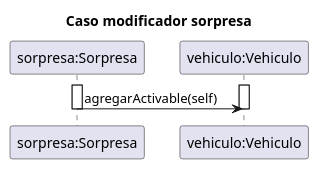
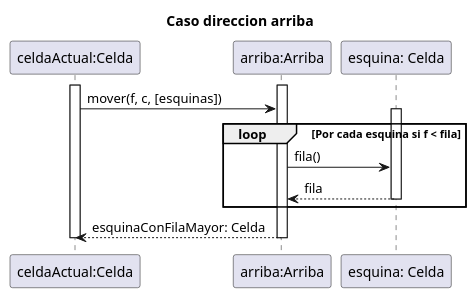
The second of 3 diagrams in diagrams/classes/modelo_inicial/secuencia_ejemplo.plantuml (tomasayala/algo3_tp2_1C2022), drawn with PlantUML before and after one commit. The commit also changed other lines of this file and 14 other files, not shown here.

```diff
--- a/diagrams/classes/modelo_inicial/secuencia_ejemplo.plantuml
+++ b/diagrams/classes/modelo_inicial/secuencia_ejemplo.plantuml
@@ -123,16 +92,28 @@
-@startuml sec-modificadores-sorpresa
+@startuml secuencia-direccion-arriba
 
-title Caso modificador sorpresa
+title Caso direccion arriba
 
-participant "sorpresa:Sorpresa" as sorpresa
-participant "vehiculo:Vehiculo" as vehiculo
+participant "celdaActual:Celda" as celdaA
+participant "arriba:Arriba" as arriba
+participant "esquina: Celda" as celdaB
 
-activate sorpresa
-activate vehiculo
+activate celdaA
+activate arriba
 
-sorpresa -> vehiculo: agregarActivable(self)
+celdaA -> arriba: mover(f, c, [esquinas])
 
-deactivate sorpresa
-deactivate vehiculo
+loop Por cada esquina si f < fila
+    activate celdaB
+
+    arriba -> celdaB: fila()
+    celdaB --> arriba: fila
+
+    deactivate celdaB
+end
+
+arriba --> celdaA: esquinaConFilaMayor: Celda
+
+deactivate arriba
+deactivate celdaA
 
 @enduml
```
